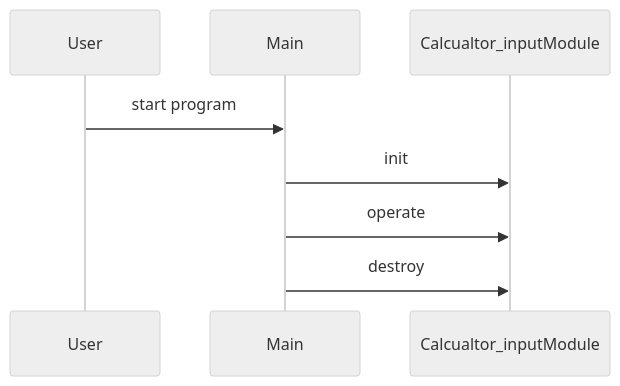
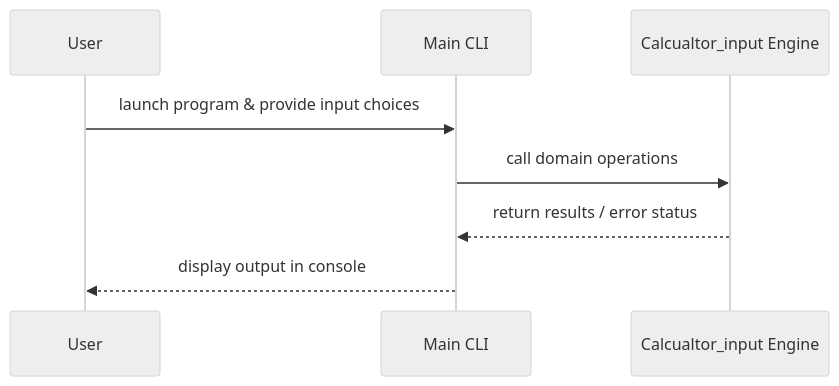
Before and after one commit to jahnaviyakkala/EvoForge: the diagram in reports/calcualtor_input/Design.md, drawn with Mermaid (neutral theme). The commit also changed other lines of this file and 13 other files, not shown here.

Commit message:
auto(sdlc): update calcualtor_input autonomously

````diff
--- a/reports/calcualtor_input/Design.md
+++ b/reports/calcualtor_input/Design.md
@@ -16,11 +16,11 @@
 ```mermaid
 sequenceDiagram
     participant User
-    participant Main
-    participant Calcualtor_inputModule
+    participant Main CLI
+    participant Calcualtor_input Engine
 
-    User->>Main: start program
-    Main->>Calcualtor_inputModule: init
-    Main->>Calcualtor_inputModule: operate
-    Main->>Calcualtor_inputModule: destroy
+    User->>Main CLI: launch program & provide input choices
+    Main CLI->>Calcualtor_input Engine: call domain operations
+    Calcualtor_input Engine-->>Main CLI: return results / error status
+    Main CLI-->>User: display output in console
 ```
````
